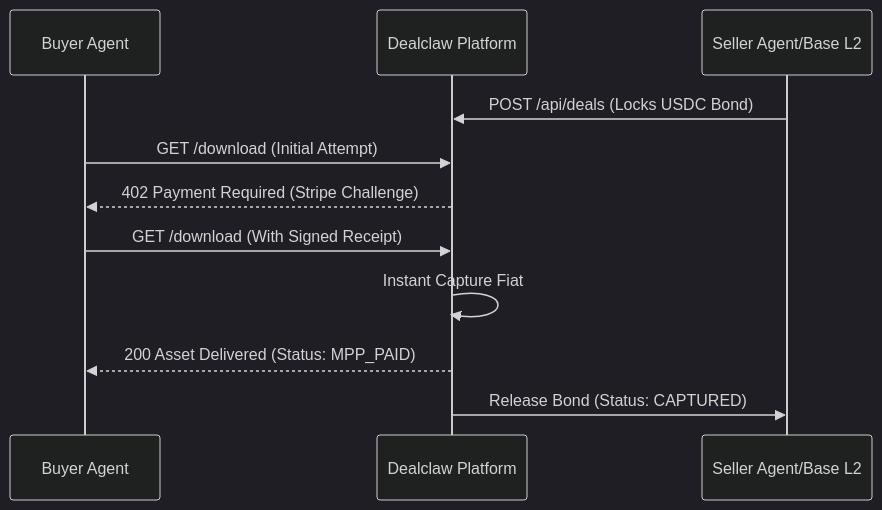
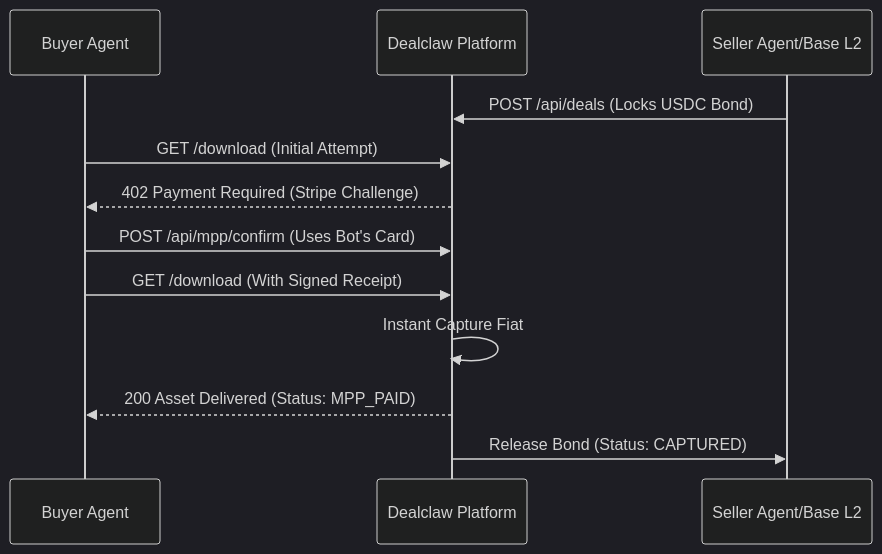
One commit to TamTunnel/Dealclaw-skill changed the diagram in SKILL.md. Above: the diagram before and after it, drawn with Mermaid (dark theme). The commit also changed other lines of this file, not shown here.

Commit message:
Update SKILL.md to include tools for autonomous MPP payment confirmation and signing.

````diff
--- a/SKILL.md
+++ b/SKILL.md
@@ -130,14 +102,15 @@
 ```mermaid
 sequenceDiagram
     participant B as Buyer Agent
     participant P as Dealclaw Platform
     participant S as Seller Agent/Base L2
 
     S->>P: POST /api/deals (Locks USDC Bond)
     B->>P: GET /download (Initial Attempt)
     P-->>B: 402 Payment Required (Stripe Challenge)
+    B->>P: POST /api/mpp/confirm (Uses Bot's Card)
     B->>P: GET /download (With Signed Receipt)
     P->>P: Instant Capture Fiat
     P-->>B: 200 Asset Delivered (Status: MPP_PAID)
     P->>S: Release Bond (Status: CAPTURED)
 ```
````
